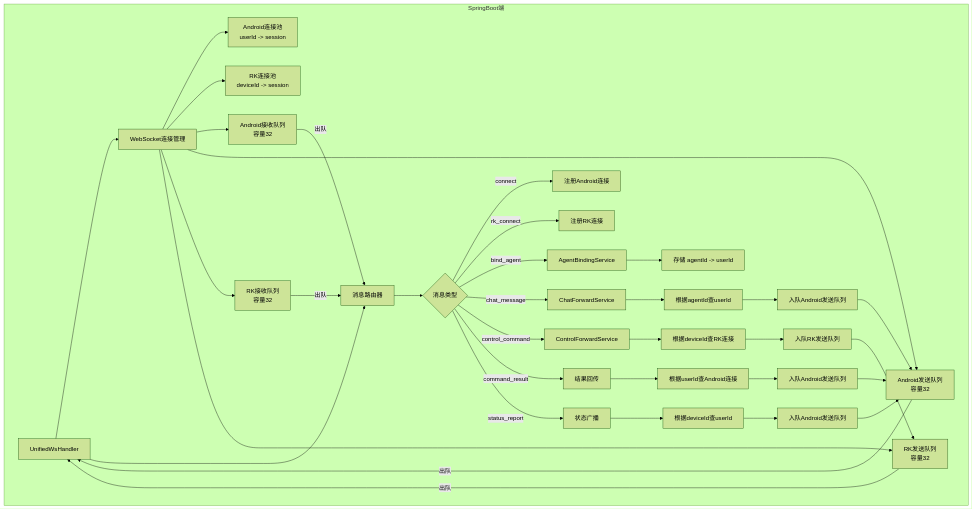
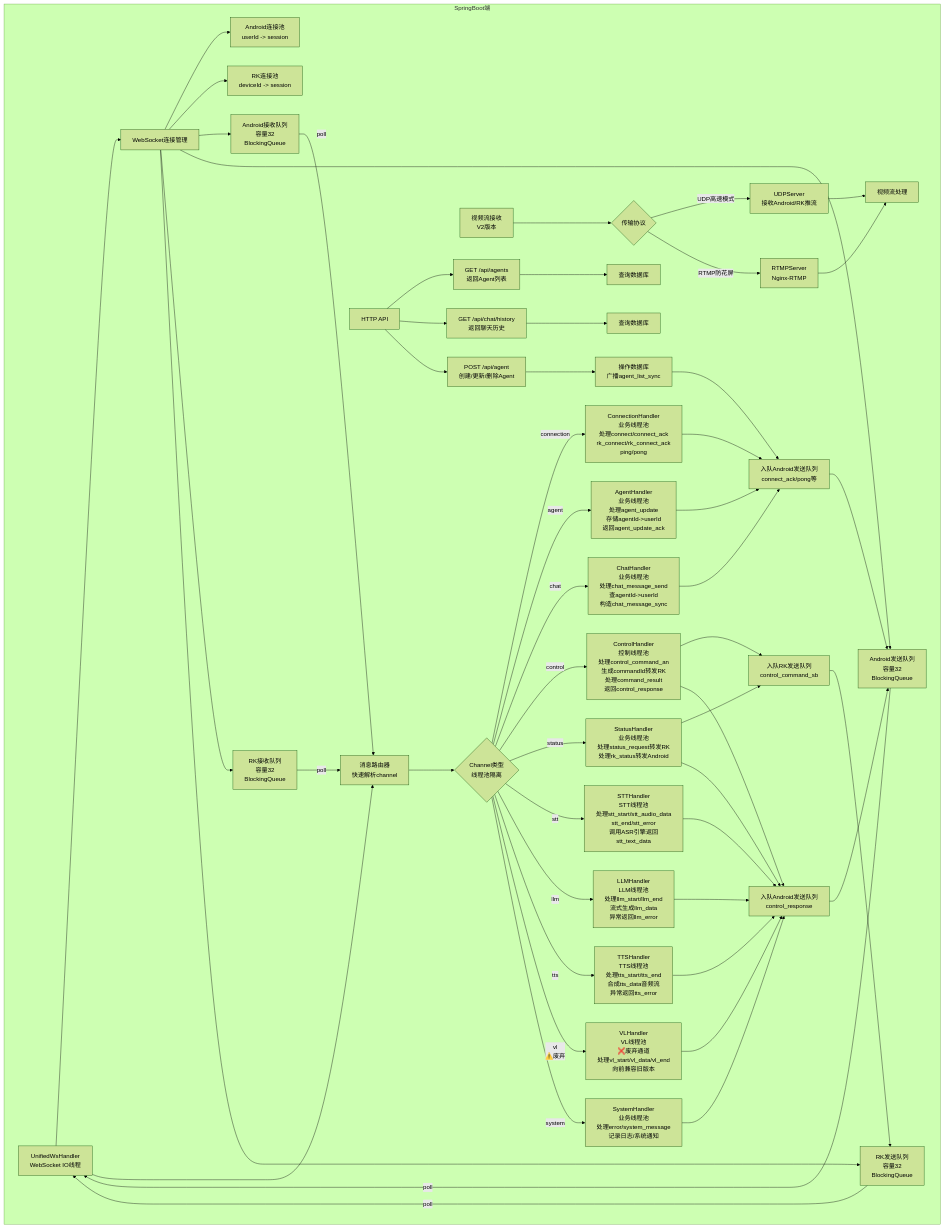
The fourth of 13 diagrams in cursor/WS重构.md (nangong918/magic-vector), drawn with Mermaid (forest theme) before and after one commit.

Commit message:
deepseek: 初步重构SpringBoot的ws架构图
完全重构费心费力，暂时就这样

````diff
--- a/cursor/WS重构.md
+++ b/cursor/WS重构.md
@@ -118,48 +118,67 @@
 ```mermaid
 flowchart TD
     subgraph SpringBoot端
-        A[UnifiedWsHandler] --> B[WebSocket连接管理]
+        A[UnifiedWsHandler<br/>WebSocket IO线程] --> B[WebSocket连接管理]
 
         B --> C[Android连接池<br/>userId -> session]
         B --> D[RK连接池<br/>deviceId -> session]
-        B --> E[Android接收队列<br/>容量32]
-        B --> F[Android发送队列<br/>容量32]
-        B --> G[RK接收队列<br/>容量32]
-        B --> H[RK发送队列<br/>容量32]
+        B --> E[Android接收队列<br/>容量32<br/>BlockingQueue<Message>]
+        B --> F[Android发送队列<br/>容量32<br/>BlockingQueue<Message>]
+        B --> G[RK接收队列<br/>容量32<br/>BlockingQueue<Message>]
+        B --> H[RK发送队列<br/>容量32<br/>BlockingQueue<Message>]
 
-        A --> I[消息路由器]
+        A --> I[消息路由器<br/>快速解析channel]
 
-        I --> J{消息类型}
+        I --> J{Channel类型<br/>线程池隔离}
 
-        J -->|connect| K[注册Android连接]
-        J -->|rk_connect| L[注册RK连接]
-        J -->|bind_agent| M[AgentBindingService]
-        J -->|chat_message| N[ChatForwardService]
-        J -->|control_command| O[ControlForwardService]
-        J -->|command_result| P[结果回传]
-        J -->|status_report| Q[状态广播]
+        J -->|connection| K1[ConnectionHandler<br/>业务线程池<br/>处理connect/connect_ack<br/>rk_connect/rk_connect_ack<br/>ping/pong]
+        J -->|agent| K2[AgentHandler<br/>业务线程池<br/>处理agent_update<br/>存储agentId->userId<br/>返回agent_update_ack]
+        J -->|chat| K3[ChatHandler<br/>业务线程池<br/>处理chat_message_send<br/>查agentId->userId<br/>构造chat_message_sync]
+        J -->|control| K4[ControlHandler<br/>控制线程池<br/>处理control_command_an<br/>生成commandId转发RK<br/>处理command_result<br/>返回control_response]
+        J -->|status| K5[StatusHandler<br/>业务线程池<br/>处理status_request转发RK<br/>处理rk_status转发Android]
+        J -->|stt| K6[STTHandler<br/>STT线程池<br/>处理stt_start/stt_audio_data<br/>stt_end/stt_error<br/>调用ASR引擎返回stt_text_data]
+        J -->|llm| K7[LLMHandler<br/>LLM线程池<br/>处理llm_start/llm_end<br/>流式生成llm_data<br/>异常返回llm_error]
+        J -->|tts| K8[TTSHandler<br/>TTS线程池<br/>处理tts_start/tts_end<br/>合成tts_data音频流<br/>异常返回tts_error]
+        J -->|vl<br/>⚠️废弃| K9[VLHandler<br/>VL线程池<br/>&#10060废弃通道<br/>处理vl_start/vl_data/vl_end<br/>向前兼容旧版本]
+        J -->|system| K10[SystemHandler<br/>业务线程池<br/>处理error/system_message<br/>记录日志/系统通知]
 
-        M --> R[存储 agentId -> userId]
-        N --> S[根据agentId查userId]
-        S --> T[入队Android发送队列]
+        K1 --> L1[入队Android发送队列<br/>connect_ack/pong等]
+        K2 --> L1
+        K3 --> L1
+        K4 --> L2[入队RK发送队列<br/>control_command_sb]
+        K5 --> L2
+        K4 --> L3[入队Android发送队列<br/>control_response]
+        K5 --> L3
+        K6 --> L3
+        K7 --> L3
+        K8 --> L3
+        K9 --> L3
+        K10 --> L3
 
-        O --> U[根据deviceId查RK连接]
-        U --> V[入队RK发送队列]
+        L1 --> F
+        L2 --> H
+        L3 --> F
 
-        P --> W[根据userId查Android连接]
-        W --> X[入队Android发送队列]
+        E -->|poll| I
+        G -->|poll| I
+        F -->|poll| A
+        H -->|poll| A
 
-        Q --> Y[根据deviceId查userId]
-        Y --> Z[入队Android发送队列]
+        M[视频流接收<br/>V2版本] --> N{传输协议}
+        N -->|UDP高速模式| O[UDPServer<br/>接收Android/RK推流]
+        N -->|RTMP防花屏| P[RTMPServer<br/>Nginx-RTMP]
 
-        T --> F
-        V --> H
-        X --> F
-        Z --> F
+        O --> Q[视频流处理]
+        P --> Q
 
-        E -->|出队| I
-        F -->|出队| A
-        G -->|出队| I
-        H -->|出队| A
+        R[HTTP API] --> S1[GET /api/agents<br/>返回Agent列表]
+        R --> S2[GET /api/chat/history<br/>返回聊天历史]
+        R --> S3[POST /api/agent<br/>创建/更新/删除Agent]
+
+        S1 --> T1[查询数据库]
+        S2 --> T2[查询数据库]
+        S3 --> T3[操作数据库<br/>广播agent_list_sync]
+
+        T3 --> L1
     end
 ```
````
